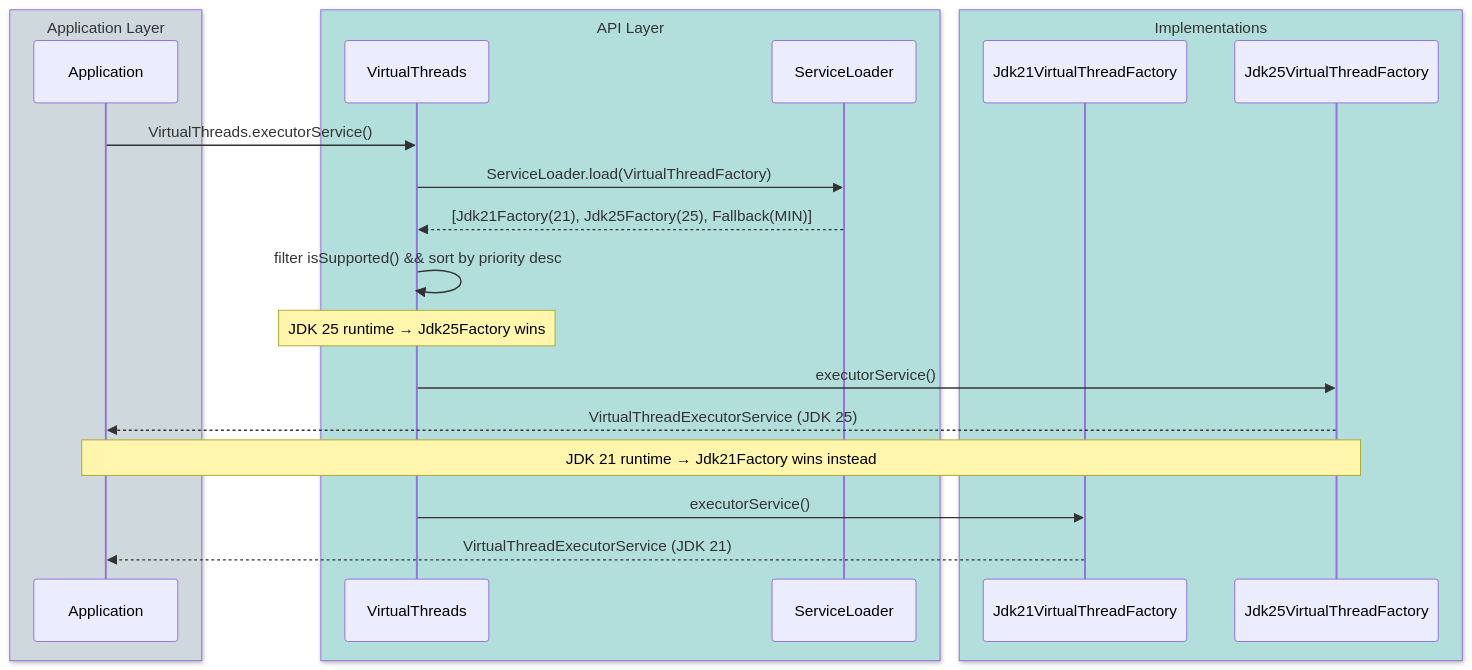
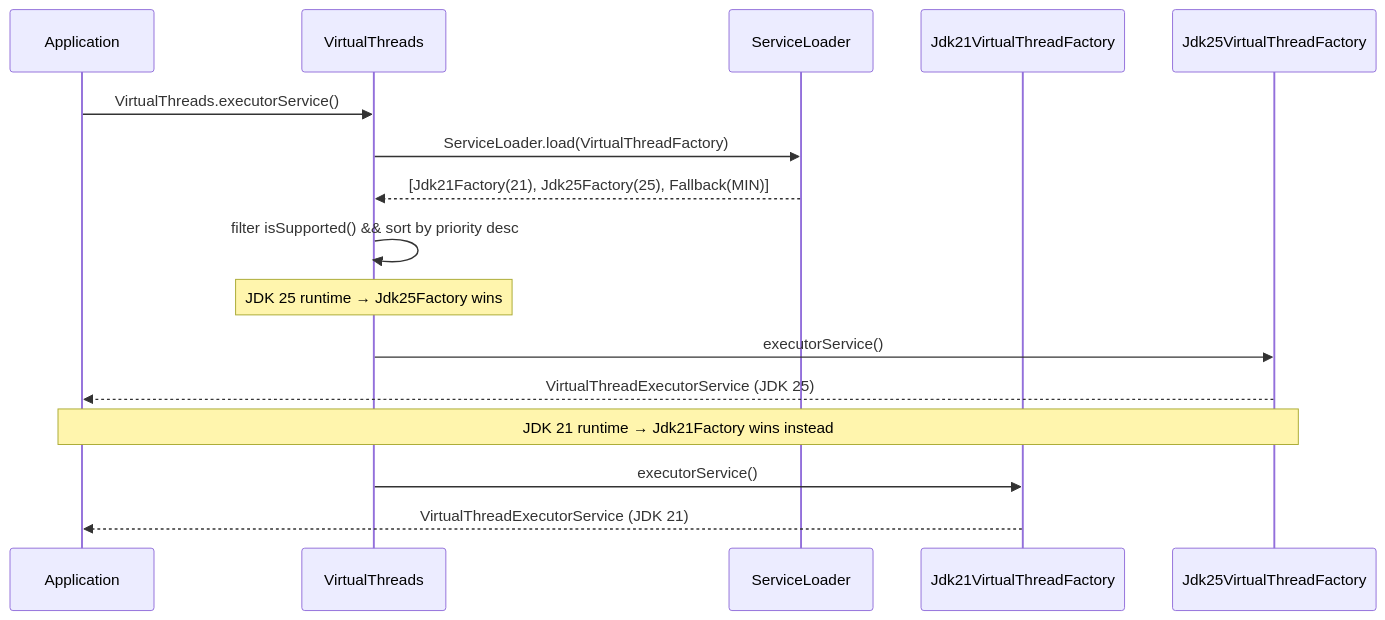
The third of 3 diagrams in virtualthread/README.md (bluetape4k/bluetape4k-projects), drawn with Mermaid before and after one commit. The commit also changed other lines of this file and 219 other files, not shown here.

First line of the commit message:
docs: 전체 README Mermaid 다이어그램 가이드 적용

````diff
--- a/virtualthread/README.md
+++ b/virtualthread/README.md
@@ -109,24 +109,18 @@
 ```mermaid
 sequenceDiagram
-    box rgb(207,216,220) Application Layer
         participant App as Application
-    end
-    box rgb(178,223,219) API Layer
         participant VT as VirtualThreads
         participant SL as ServiceLoader
-    end
-    box rgb(178,223,219) Implementations
         participant F21 as Jdk21VirtualThreadFactory
         participant F25 as Jdk25VirtualThreadFactory
-    end
     App ->> VT: VirtualThreads.executorService()
     VT ->> SL: ServiceLoader.load(VirtualThreadFactory)
     SL -->> VT: [Jdk21Factory(21), Jdk25Factory(25), Fallback(MIN)]
     VT ->> VT: filter isSupported() && sort by priority desc
     Note over VT: JDK 25 runtime → Jdk25Factory wins
     VT ->> F25: executorService()
     F25 -->> App: VirtualThreadExecutorService (JDK 25)
     Note over App, F25: JDK 21 runtime → Jdk21Factory wins instead
     VT ->> F21: executorService()
     F21 -->> App: VirtualThreadExecutorService (JDK 21)
 ```
````
